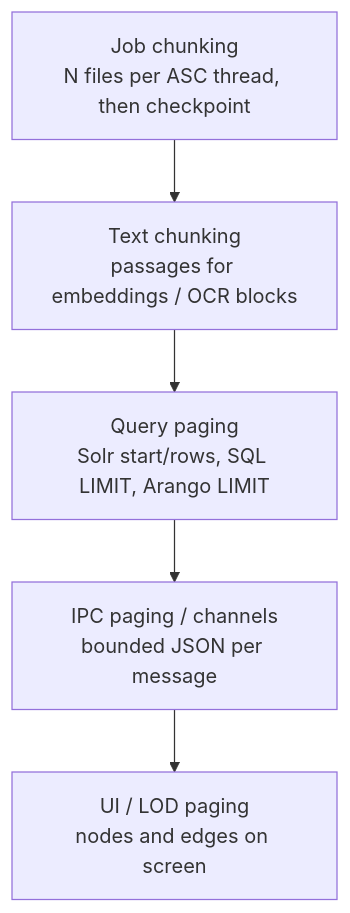
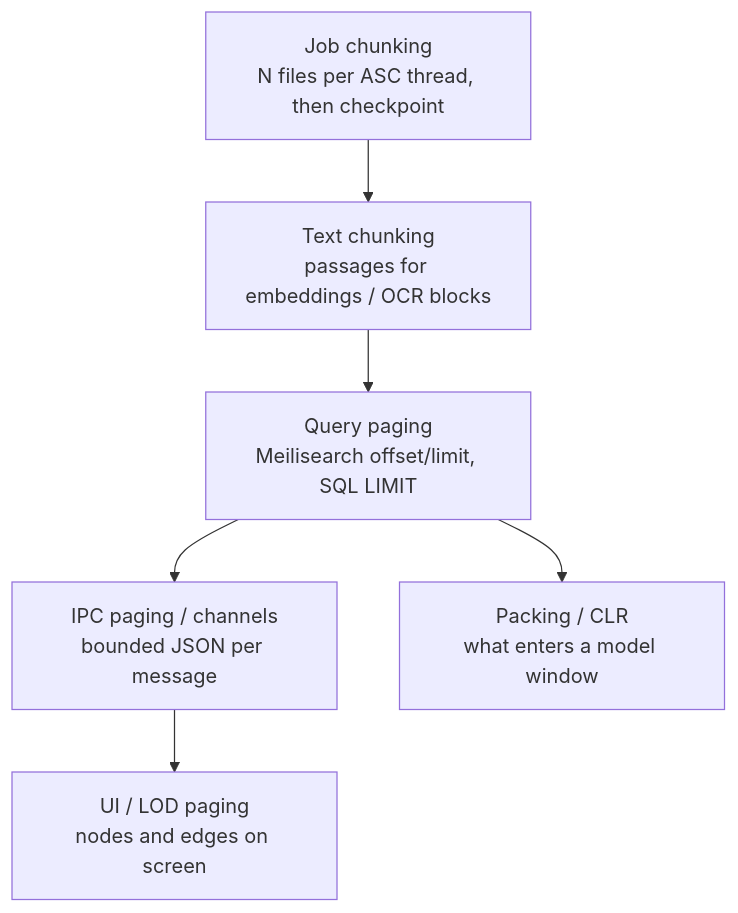
The fourth of 8 diagrams in data/ideas/2026/08/17-local-dev-stack-architecture.md (Paulmicha/projet-complexe-asc), drawn with Mermaid before and after one commit. The commit also changed other lines of this file and 322 other files, not shown here.

````diff
--- a/data/ideas/2026/08/17-local-dev-stack-architecture.md
+++ b/data/ideas/2026/08/17-local-dev-stack-architecture.md
@@ -171,13 +211,15 @@
 ```mermaid
 flowchart TB
   JOB["Job chunking<br/>N files per ASC thread, then checkpoint"]
   TEXT["Text chunking<br/>passages for embeddings / OCR blocks"]
-  QUERY["Query paging<br/>Solr start/rows, SQL LIMIT, Arango LIMIT"]
+  QUERY["Query paging<br/>Meilisearch offset/limit, SQL LIMIT"]
   IPC["IPC paging / channels<br/>bounded JSON per message"]
   UI["UI / LOD paging<br/>nodes and edges on screen"]
+  PACK["Packing / CLR<br/>what enters a model window"]
 
   JOB --> TEXT
   TEXT --> QUERY
   QUERY --> IPC
   IPC --> UI
+  QUERY --> PACK
 ```
````
